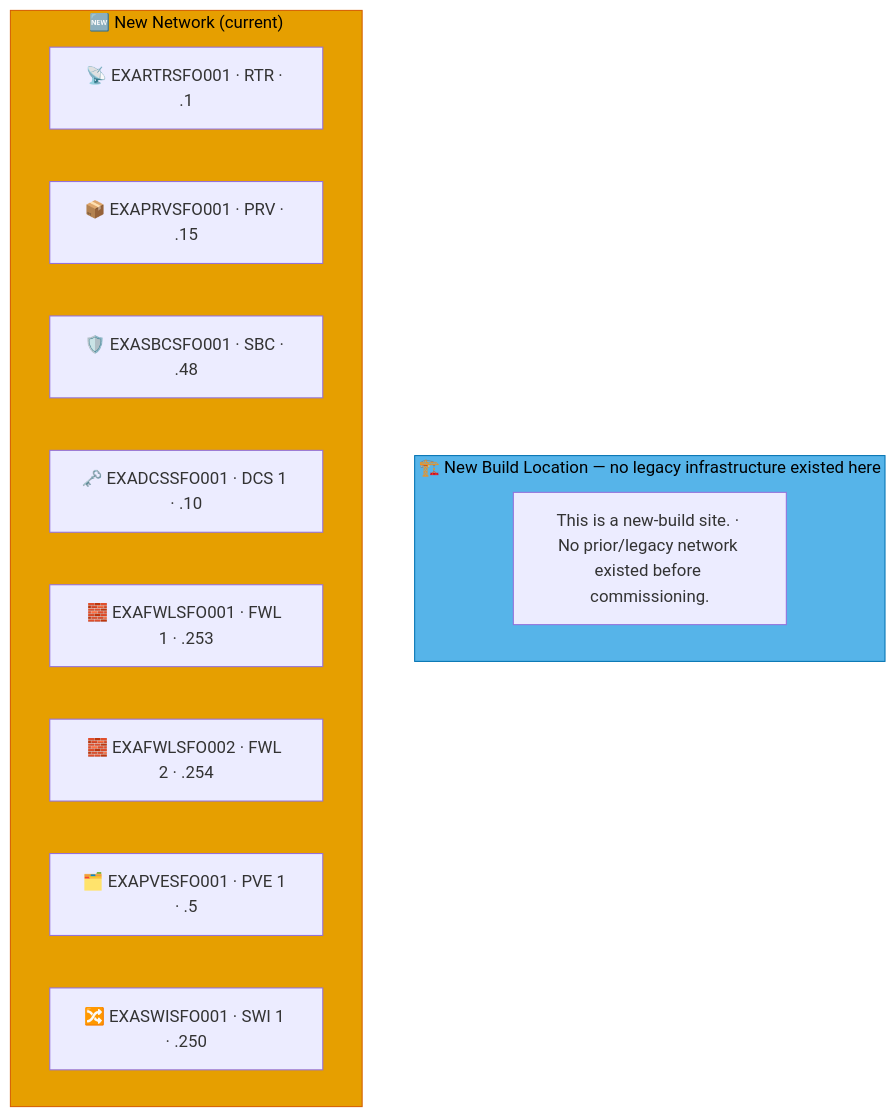
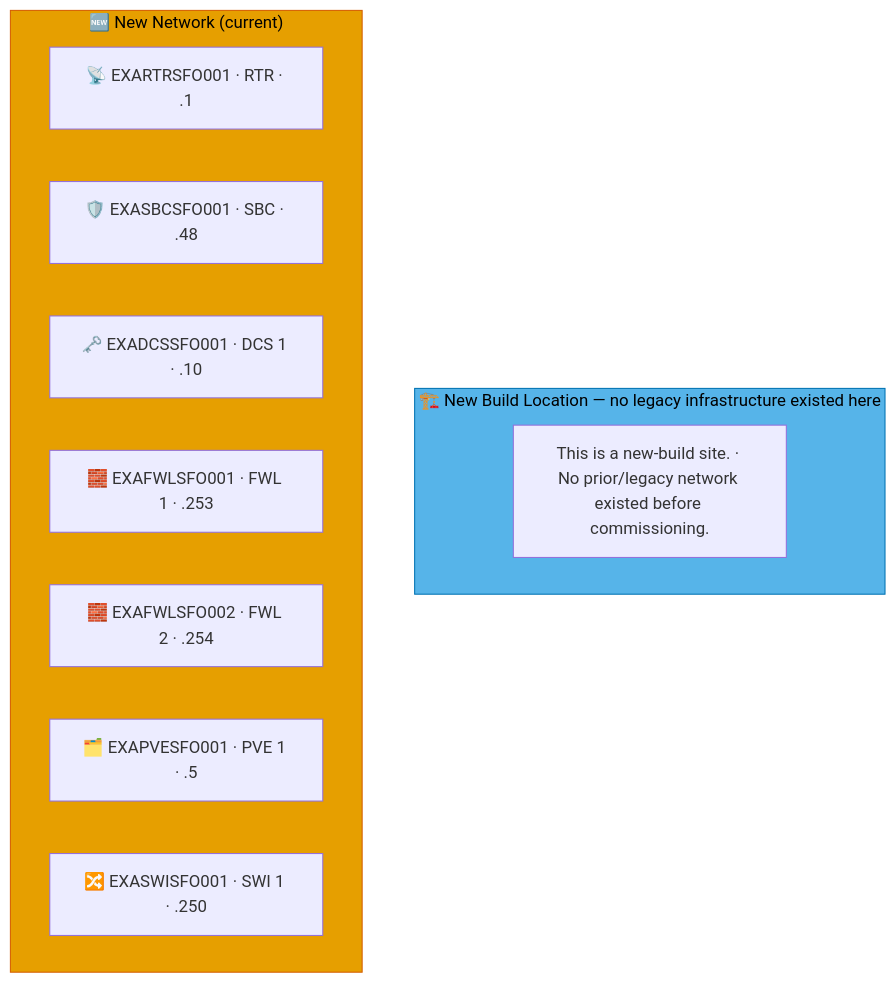
Before and after one commit to knightmare2600/example_music_infra: the eighth of 8 diagrams in docs/network-diagram/united-states.md, drawn with Mermaid. The commit also changed other lines of this file and 55 other files, not shown here.

````diff
--- a/docs/network-diagram/united-states.md
+++ b/docs/network-diagram/united-states.md
@@ -365,20 +358,19 @@
 ```mermaid
 graph TD
     subgraph OLD_SFO ["🏗️ New Build Location — no legacy infrastructure existed here"]
       N_OLD_NOTE["This is a new-build site. · No prior/legacy network existed before commissioning."]
     end
     style OLD_SFO fill:#56B4E9,stroke:#0072B2,color:#000000
     %% GENERATED:NEW-NETWORK:SFO:START
     subgraph NEW_SFO ["🆕 New Network (current)"]
       N_RTR["📡 EXARTRSFO001 · RTR · .1"]
-      N_PRV["📦 EXAPRVSFO001 · PRV · .15"]
       N_SBC["🛡️ EXASBCSFO001 · SBC · .48"]
       N_DCS["🗝️ EXADCSSFO001 · DCS 1 · .10"]
       N_FWL["🧱 EXAFWLSFO001 · FWL 1 · .253"]
       N_FWL2["🧱 EXAFWLSFO002 · FWL 2 · .254"]
       N_PVE["🗂️ EXAPVESFO001 · PVE 1 · .5"]
       N_SWI["🔀 EXASWISFO001 · SWI 1 · .250"]
     end
     style NEW_SFO fill:#E69F00,stroke:#D55E00,color:#000000
     %% GENERATED:NEW-NETWORK:SFO:END
 ```
````
